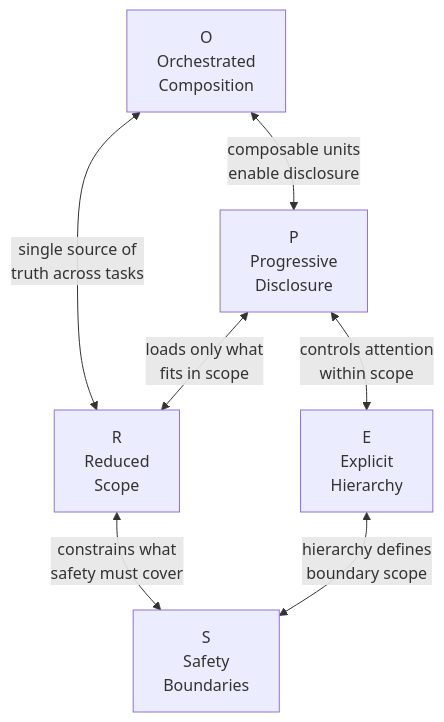
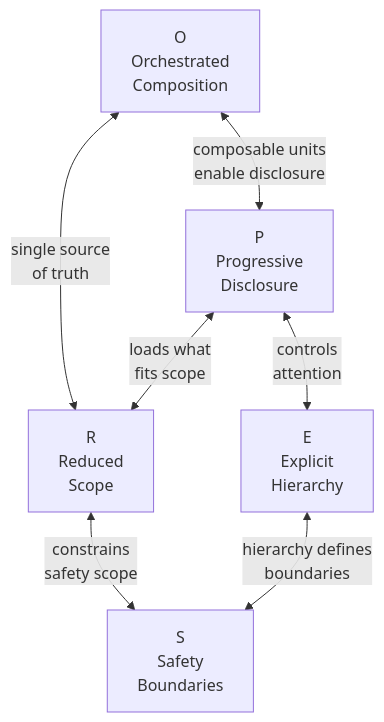
Before and after one commit to danielmeppiel/agentic-sdlc-handbook: the diagram in handbook/ch10-the-prose-specification.qmd, drawn with Mermaid. The commit also changed other lines of this file and 10 other files, not shown here.

First line of the commit message:
fix: PDF formatting — compact TOC, fix diagrams, table formatting, hooks accuracy

````diff
--- a/handbook/ch10-the-prose-specification.qmd
+++ b/handbook/ch10-the-prose-specification.qmd
@@ -383,13 +387,13 @@
 ```{mermaid}
-%%| fig-width: 4.5
+%%| fig-width: 4.0
 %%| label: fig-prose-constraints
 %%| fig-cap: "Relationships between the five PROSE constraints"
 %%| fig-alt: "Graph showing five interconnected nodes representing the PROSE constraints: P (Progressive Disclosure), R (Reduced Scope), O (Orchestrated Composition), S (Safety Boundaries), and E (Explicit Hierarchy). Bidirectional edges connect: P and E with 'controls attention within scope', R and S with 'constrains what safety must cover', O and R with 'single source of truth across tasks', P and R with 'loads only what fits in scope', E and S with 'hierarchy defines boundary scope', and O and P with 'composable units enable disclosure'. Each pair reinforces the other to cover distinct failure modes."
 graph TD
-    P["P<br/>Progressive<br/>Disclosure"] <-- "controls attention<br/>within scope" --> E["E<br/>Explicit<br/>Hierarchy"]
-    R["R<br/>Reduced<br/>Scope"] <-- "constrains what<br/>safety must cover" --> S["S<br/>Safety<br/>Boundaries"]
-    O["O<br/>Orchestrated<br/>Composition"] <-- "single source of<br/>truth across tasks" --> R
-    P <-- "loads only what<br/>fits in scope" --> R
-    E <-- "hierarchy defines<br/>boundary scope" --> S
+    P["P<br/>Progressive<br/>Disclosure"] <-- "controls<br/>attention" --> E["E<br/>Explicit<br/>Hierarchy"]
+    R["R<br/>Reduced<br/>Scope"] <-- "constrains<br/>safety scope" --> S["S<br/>Safety<br/>Boundaries"]
+    O["O<br/>Orchestrated<br/>Composition"] <-- "single source<br/>of truth" --> R
+    P <-- "loads what<br/>fits scope" --> R
+    E <-- "hierarchy defines<br/>boundaries" --> S
     O <-- "composable units<br/>enable disclosure" --> P
 ```
````
